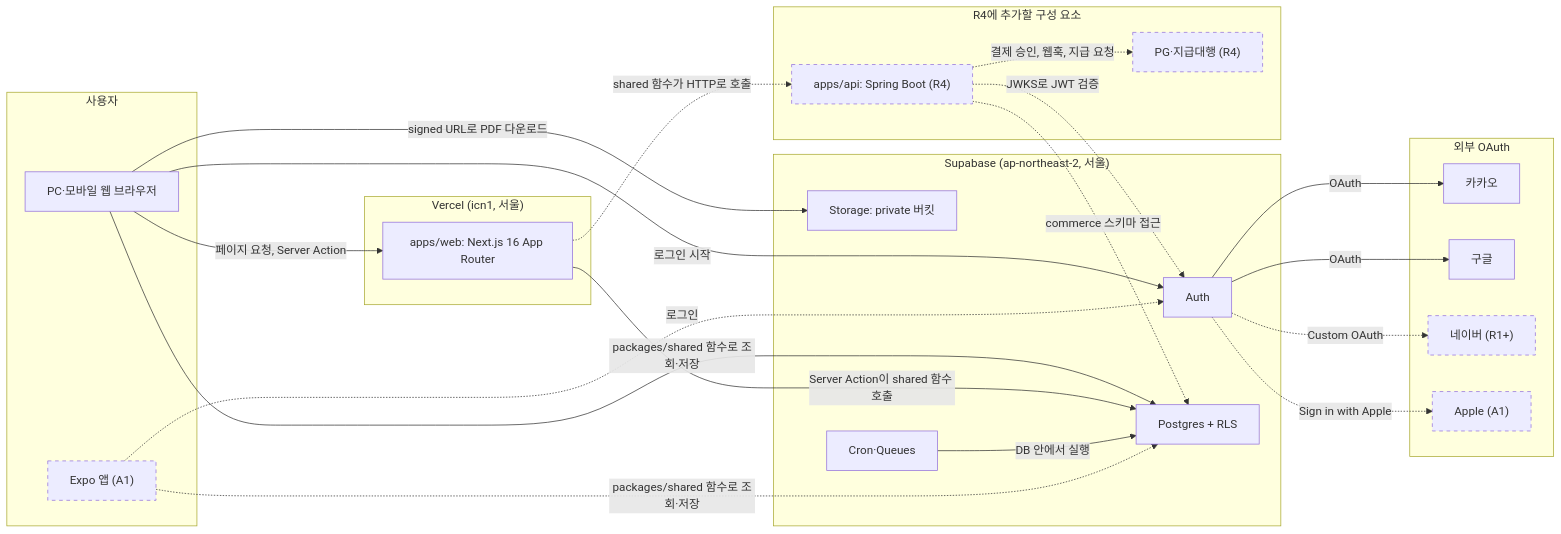
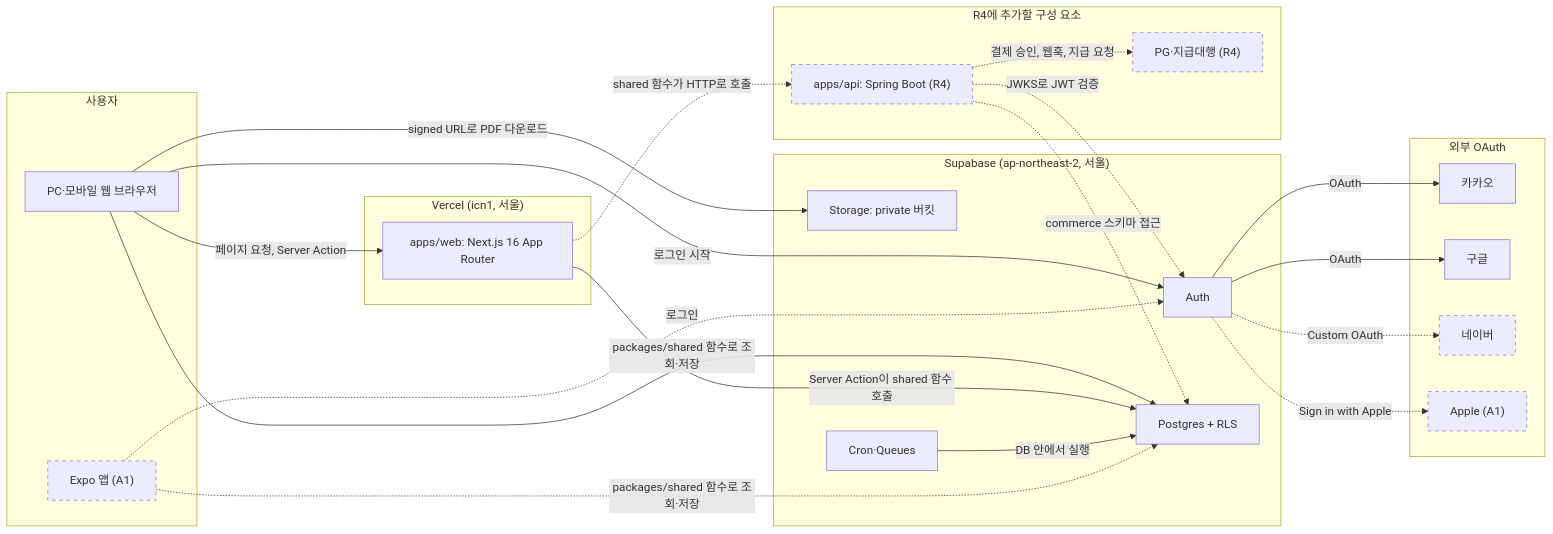
One commit to god3v/hamtteukka changed the diagram in docs/architecture/system-context.md. Above: the diagram before and after it, drawn with Mermaid. The commit also changed other lines of this file and 15 other files, not shown here.

````diff
--- a/docs/architecture/system-context.md
+++ b/docs/architecture/system-context.md
@@ -13,50 +13,50 @@
 ```mermaid
 flowchart LR
   subgraph users["사용자"]
     browser["PC·모바일 웹 브라우저"]
     expo["Expo 앱 (A1)"]
   end
 
   subgraph vercel["Vercel (icn1, 서울)"]
     web["apps/web: Next.js 16 App Router"]
   end
 
   subgraph supa["Supabase (ap-northeast-2, 서울)"]
     auth["Auth"]
     db["Postgres + RLS"]
     storage["Storage: private 버킷"]
     jobs["Cron·Queues"]
   end
 
   subgraph oauth["외부 OAuth"]
     kakao["카카오"]
     google["구글"]
-    naver["네이버 (R1+)"]
+    naver["네이버"]
     apple["Apple (A1)"]
   end
 
   subgraph later["R4에 추가할 구성 요소"]
     api["apps/api: Spring Boot (R4)"]
     pgco["PG·지급대행 (R4)"]
   end
 
   browser -->|"페이지 요청, Server Action"| web
   browser -->|"packages/shared 함수로 조회·저장"| db
   browser -->|"signed URL로 PDF 다운로드"| storage
   browser -->|"로그인 시작"| auth
   web -->|"Server Action이 shared 함수 호출"| db
   auth -->|"OAuth"| kakao
   auth -->|"OAuth"| google
   auth -.->|"Custom OAuth"| naver
   auth -.->|"Sign in with Apple"| apple
   jobs -->|"DB 안에서 실행"| db
   expo -.->|"packages/shared 함수로 조회·저장"| db
   expo -.->|"로그인"| auth
   web -.->|"shared 함수가 HTTP로 호출"| api
   api -.->|"JWKS로 JWT 검증"| auth
   api -.->|"commerce 스키마 접근"| db
   api -.->|"결제 승인, 웹훅, 지급 요청"| pgco
 
   classDef planned stroke-dasharray: 5 5
   class expo,naver,apple,api,pgco planned
 ```
````
